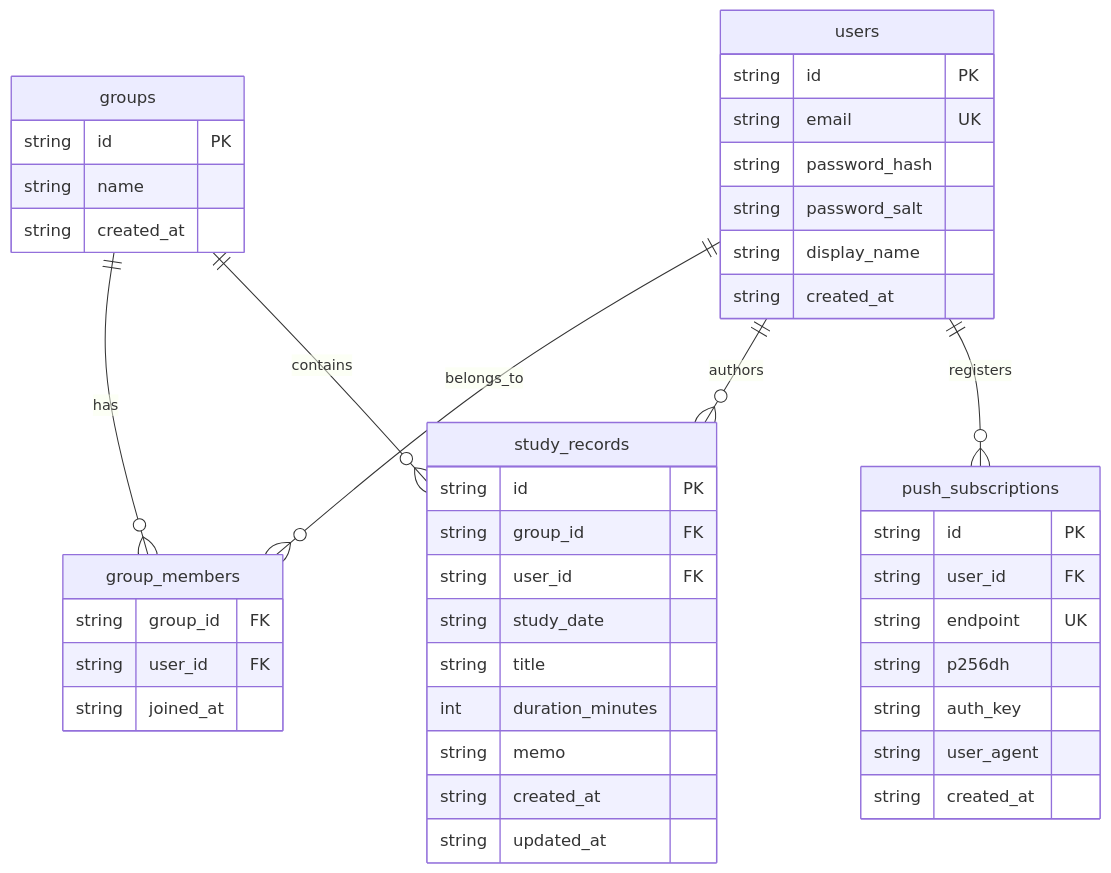
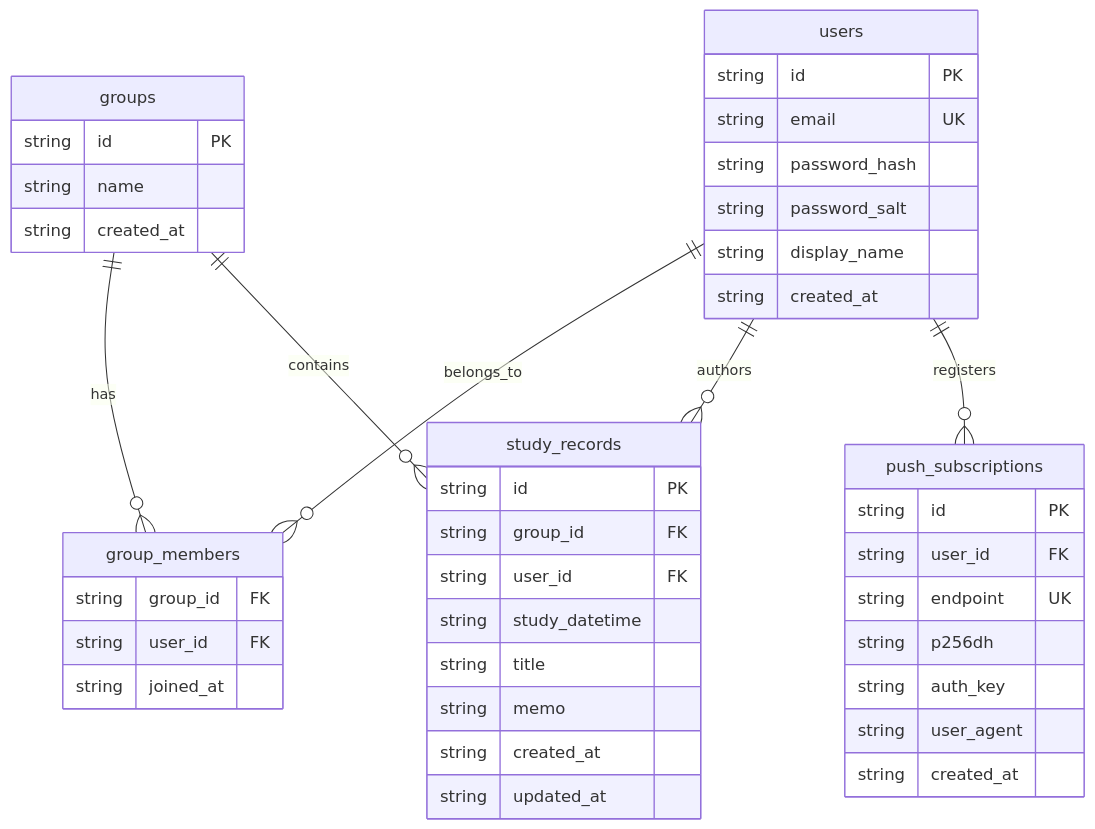
Before and after one commit to Hossori/shared-study-logger: the diagram in docs/data-model.md, drawn with Mermaid. The commit also changed other lines of this file and 15 other files, not shown here.

First line of the commit message:
feat(records): use study datetime instead of date and duration

````diff
--- a/docs/data-model.md
+++ b/docs/data-model.md
@@ -7,47 +7,46 @@
 ```mermaid
 erDiagram
   users ||--o{ group_members : belongs_to
   groups ||--o{ group_members : has
   groups ||--o{ study_records : contains
   users ||--o{ study_records : authors
   users ||--o{ push_subscriptions : registers
 
   users {
     string id PK
     string email UK
     string password_hash
     string password_salt
     string display_name
     string created_at
   }
   groups {
     string id PK
     string name
     string created_at
   }
   group_members {
     string group_id FK
     string user_id FK
     string joined_at
   }
   study_records {
     string id PK
     string group_id FK
     string user_id FK
-    string study_date
+    string study_datetime
     string title
-    int duration_minutes
     string memo
     string created_at
     string updated_at
   }
   push_subscriptions {
     string id PK
     string user_id FK
     string endpoint UK
     string p256dh
     string auth_key
     string user_agent
     string created_at
   }
 ```
````
